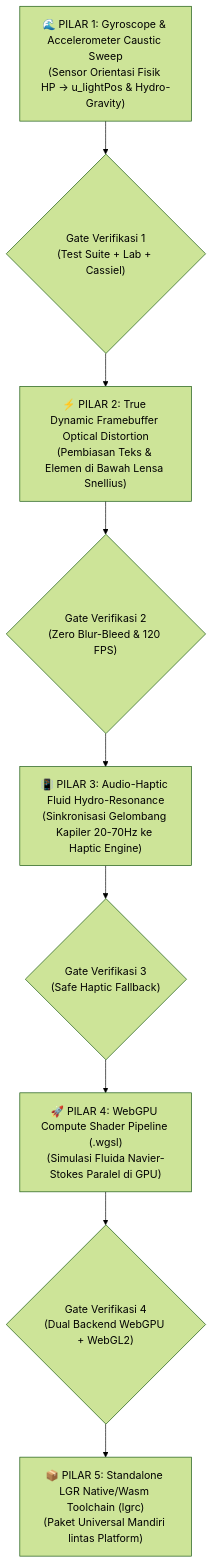
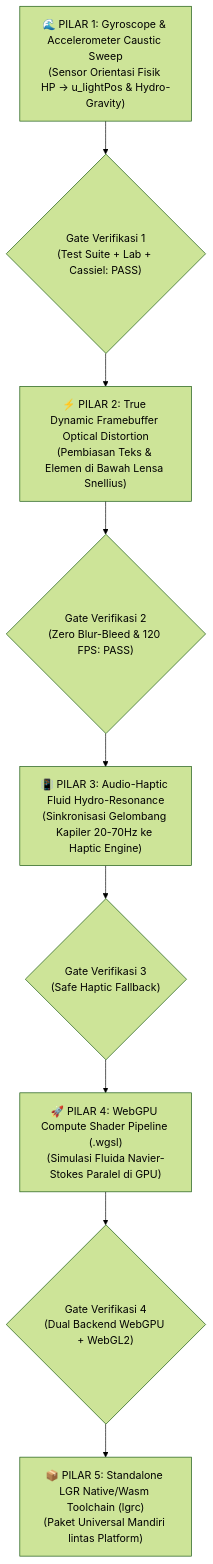
The diagram in LGR_UPGRADE_ROADMAP_V2.md (redilah/.lgr-liquid-glass-redi), drawn with Mermaid (forest theme) before and after one commit. The commit also changed other lines of this file and 11 other files, not shown here.

````diff
--- a/LGR_UPGRADE_ROADMAP_V2.md
+++ b/LGR_UPGRADE_ROADMAP_V2.md
@@ -10,11 +10,11 @@
 ```mermaid
 flowchart TD
-    P1["🌊 PILAR 1: Gyroscope & Accelerometer Caustic Sweep<br>(Sensor Orientasi Fisik HP -> u_lightPos & Hydro-Gravity)"] --> V1{"Gate Verifikasi 1<br>(Test Suite + Lab + Cassiel)"}
+    P1["🌊 PILAR 1: Gyroscope & Accelerometer Caustic Sweep<br>(Sensor Orientasi Fisik HP -> u_lightPos & Hydro-Gravity)"] --> V1{"Gate Verifikasi 1<br>(Test Suite + Lab + Cassiel: PASS)"}
     V1 --> P2["⚡ PILAR 2: True Dynamic Framebuffer Optical Distortion<br>(Pembiasan Teks & Elemen di Bawah Lensa Snellius)"]
-    P2 --> V2{"Gate Verifikasi 2<br>(Zero Blur-Bleed & 120 FPS)"}
+    P2 --> V2{"Gate Verifikasi 2<br>(Zero Blur-Bleed & 120 FPS: PASS)"}
     V2 --> P3["📳 PILAR 3: Audio-Haptic Fluid Hydro-Resonance<br>(Sinkronisasi Gelombang Kapiler 20-70Hz ke Haptic Engine)"]
     P3 --> V3{"Gate Verifikasi 3<br>(Safe Haptic Fallback)"}
     V3 --> P4["🚀 PILAR 4: WebGPU Compute Shader Pipeline (.wgsl)<br>(Simulasi Fluida Navier-Stokes Paralel di GPU) "]
     P4 --> V4{"Gate Verifikasi 4<br>(Dual Backend WebGPU + WebGL2)"}
     V4 --> P5["📦 PILAR 5: Standalone LGR Native/Wasm Toolchain (lgrc)<br>(Paket Universal Mandiri lintas Platform)"]
 ```
````
